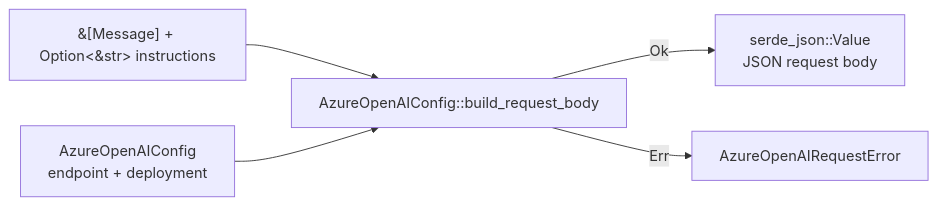
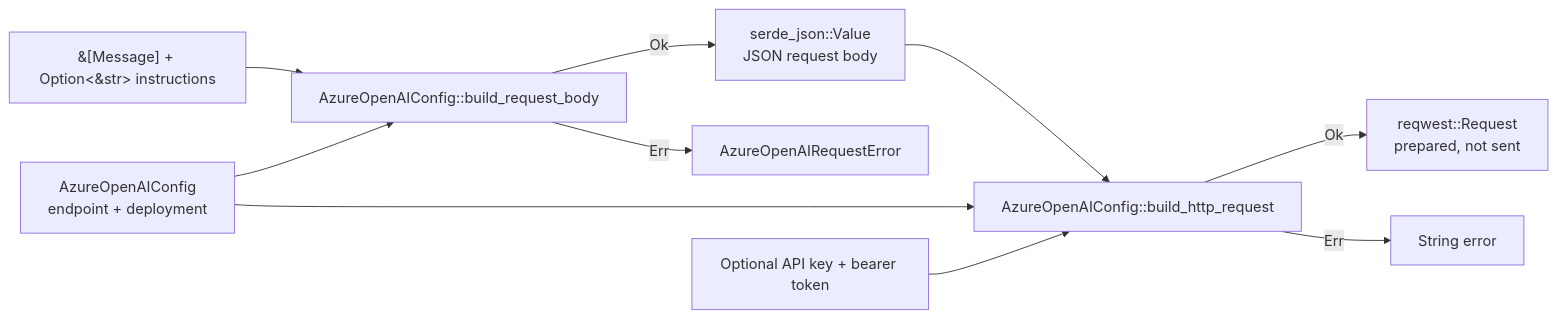
One commit to arashaga/rust-maf changed the third of 4 diagrams in docs/rust-maf-map.md. Above: the diagram before and after it, drawn with Mermaid. The commit also changed other lines of this file and 3 other files, not shown here.

Commit message:
Complete offline Azure request builder

````diff
--- a/docs/rust-maf-map.md
+++ b/docs/rust-maf-map.md
@@ -228,7 +229,12 @@
 ```mermaid
 flowchart LR
   Args["&[Message] + Option&lt;&str&gt; instructions"] --> Builder["AzureOpenAIConfig::build_request_body"]
   Config["AzureOpenAIConfig<br/>endpoint + deployment"] --> Builder
   Builder -->|"Ok"| Body["serde_json::Value<br/>JSON request body"]
   Builder -->|"Err"| Error["AzureOpenAIRequestError"]
+  Body --> RequestBuilder["AzureOpenAIConfig::build_http_request"]
+  Config --> RequestBuilder
+  Auth["Optional API key + bearer token"] --> RequestBuilder
+  RequestBuilder -->|"Ok"| Request["reqwest::Request<br/>prepared, not sent"]
+  RequestBuilder -->|"Err"| HttpError["String error"]
 ```
````
